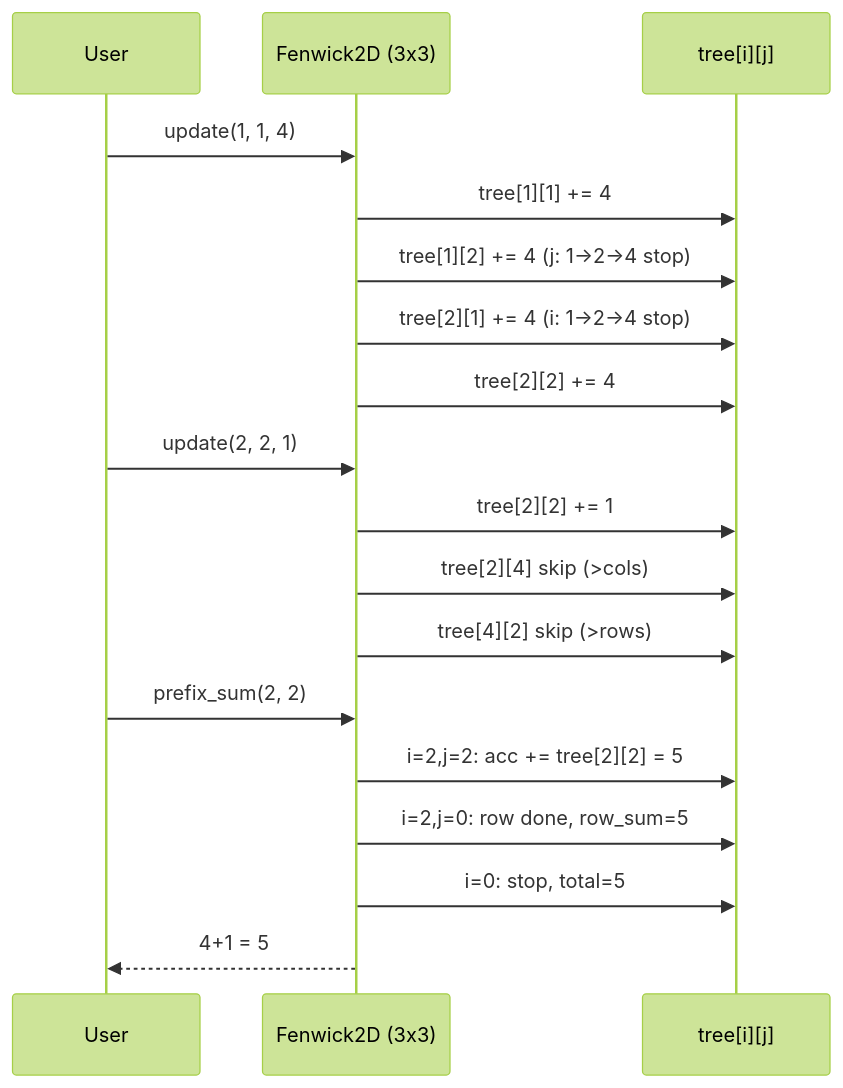
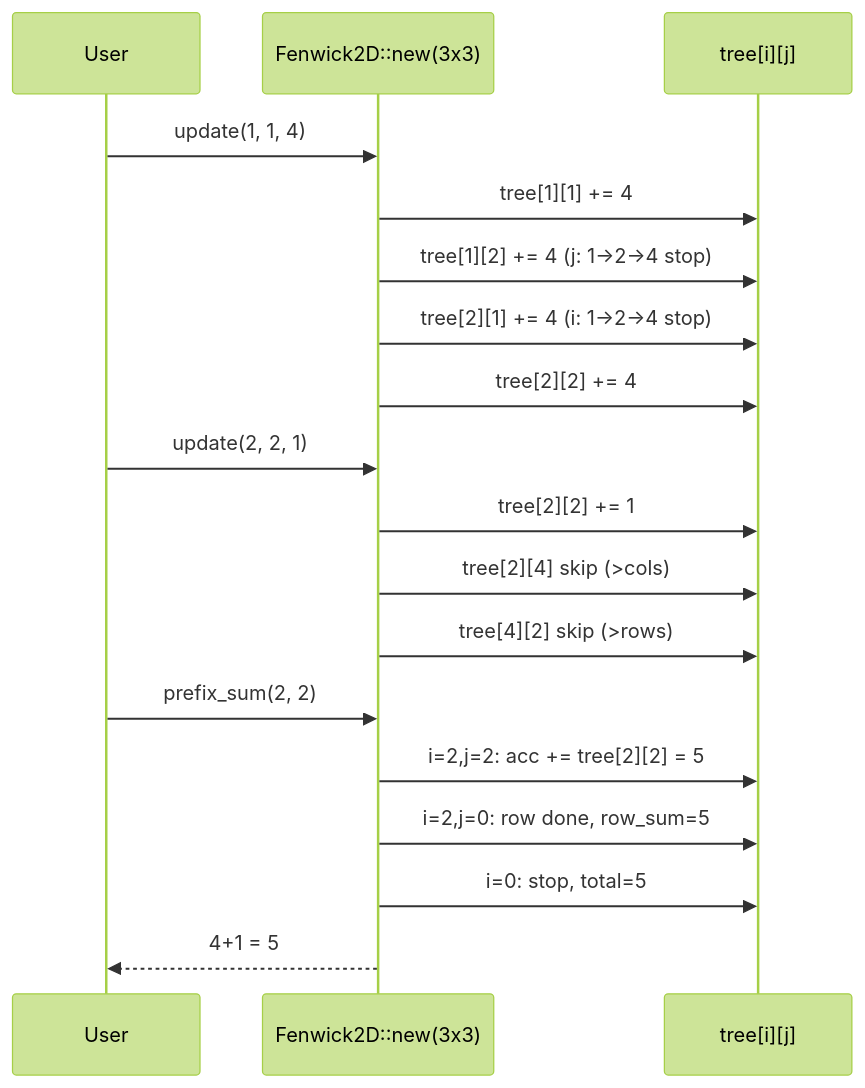
The second of 2 diagrams in lib/fenwick2d/README.mbt.md (moonbit-community/loop_invariants), drawn with Mermaid (forest theme) before and after one commit. The commit also changed other lines of this file and 153 other files, not shown here.

````diff
--- a/lib/fenwick2d/README.mbt.md
+++ b/lib/fenwick2d/README.mbt.md
@@ -259,23 +259,23 @@
 ```mermaid
 sequenceDiagram
     participant User
-    participant FW as Fenwick2D (3x3)
+    participant FW as Fenwick2D::new(3x3)
     participant Tree as tree[i][j]
 
     User->>FW: update(1, 1, 4)
     FW->>Tree: tree[1][1] += 4
     FW->>Tree: tree[1][2] += 4  (j: 1->2->4 stop)
     FW->>Tree: tree[2][1] += 4  (i: 1->2->4 stop)
     FW->>Tree: tree[2][2] += 4
 
     User->>FW: update(2, 2, 1)
     FW->>Tree: tree[2][2] += 1
     FW->>Tree: tree[2][4] skip (>cols)
     FW->>Tree: tree[4][2] skip (>rows)
 
     User->>FW: prefix_sum(2, 2)
     FW->>Tree: i=2,j=2: acc += tree[2][2] = 5
     FW->>Tree: i=2,j=0: row done, row_sum=5
     FW->>Tree: i=0: stop, total=5
     FW-->>User: 4+1 = 5
 ```
````
